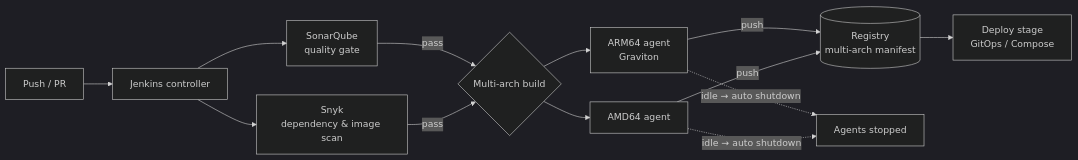
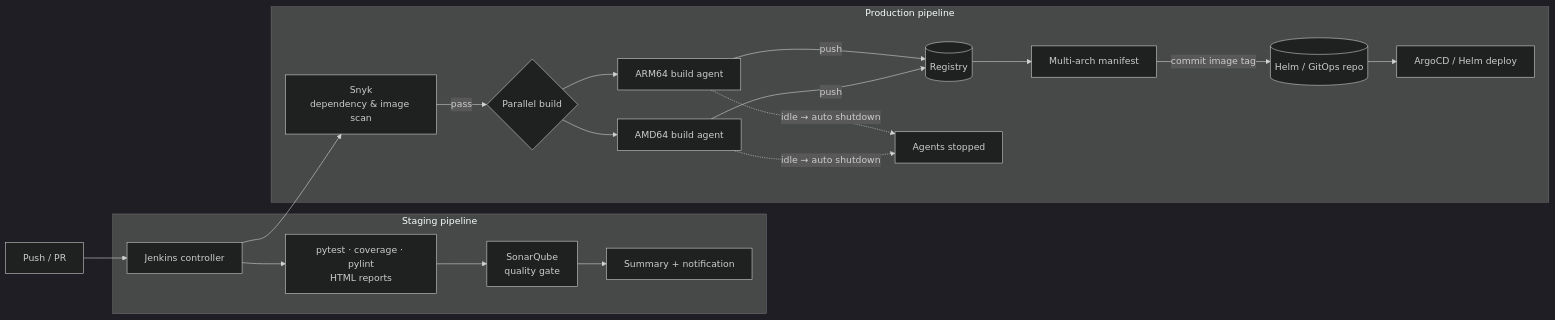
One commit to swaroop002/secure-multiarch-cicd changed the diagram in README.md. Above: the diagram before and after it, drawn with Mermaid (dark theme). The commit also changed other lines of this file, not shown here.

````diff
--- a/README.md
+++ b/README.md
@@ -20,12 +26,20 @@
 ```mermaid
 flowchart LR
     DEV[Push / PR] --> J[Jenkins controller]
-    J --> SQ[SonarQube<br/>quality gate]
-    J --> SN[Snyk<br/>dependency & image scan]
-    SQ & SN -->|pass| B{Multi-arch build}
-    B --> ARM[ARM64 agent<br/>Graviton]
-    B --> X86[AMD64 agent]
-    ARM & X86 -->|push| REG[(Registry<br/>multi-arch manifest)]
-    REG --> DEP[Deploy stage<br/>GitOps / Compose]
-    ARM & X86 -.->|idle → auto shutdown| OFF[Agents stopped]
+    subgraph Staging pipeline
+        J --> T[pytest · coverage · pylint<br/>HTML reports]
+        T --> SQ[SonarQube<br/>quality gate]
+        SQ --> N1[Summary + notification]
+    end
+    subgraph Production pipeline
+        J --> SN[Snyk<br/>dependency & image scan]
+        SN -->|pass| B{Parallel build}
+        B --> ARM[ARM64 build agent]
+        B --> X86[AMD64 build agent]
+        ARM & X86 -->|push| REG[(Registry)]
+        REG --> M[Multi-arch manifest]
+        M -->|commit image tag| G[(Helm / GitOps repo)]
+        G --> CD[ArgoCD / Helm deploy]
+        ARM & X86 -.->|idle → auto shutdown| OFF[Agents stopped]
+    end
 ```
````
